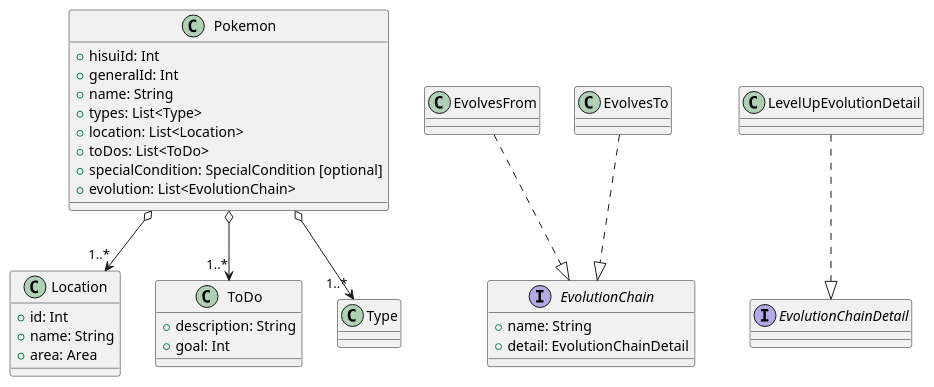
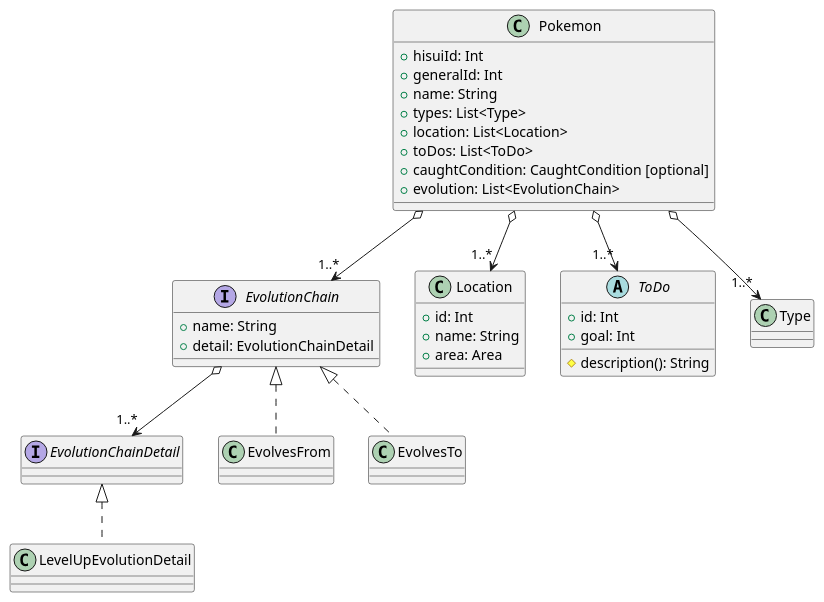
One commit to gemmabcr/my-arceus changed the diagram in docs/domain.puml. Above: the diagram before and after it, drawn with PlantUML. The commit also changed 76 other files, not shown here.

```diff
--- a/docs/domain.puml
+++ b/docs/domain.puml
@@ -1,43 +1,46 @@
 @startuml
 class Pokemon {
 + hisuiId: Int
 + generalId: Int
 + name: String
 + types: List<Type>
 + location: List<Location>
 + toDos: List<ToDo>
-+ specialCondition: SpecialCondition [optional]
++ caughtCondition: CaughtCondition [optional]
 + evolution: List<EvolutionChain>
 }
 
 class Location {
 + id: Int
 + name: String
 + area: Area
 }
 
-class ToDo {
-+ description: String
+abstract class ToDo {
++ id: Int
 + goal: Int
+# description(): String
 }
 
 interface EvolutionChain {
 + name: String
 + detail: EvolutionChainDetail
 }
 interface EvolutionChainDetail
 
 class EvolvesFrom
 class EvolvesTo
 
 class LevelUpEvolutionDetail
 
 Pokemon o--> "1..*" ToDo
 Pokemon o--> "1..*" Location
 Pokemon o--> "1..*" Type
+Pokemon o--> "1..*" EvolutionChain
+EvolutionChain o--> "1..*" EvolutionChainDetail
 
-EvolvesFrom ..|> EvolutionChain
-EvolvesTo ..|> EvolutionChain
+EvolvesFrom .u.|> EvolutionChain
+EvolvesTo .u.|> EvolutionChain
 
-LevelUpEvolutionDetail ..|> EvolutionChainDetail
+LevelUpEvolutionDetail .u.|> EvolutionChainDetail
 @enduml
```
